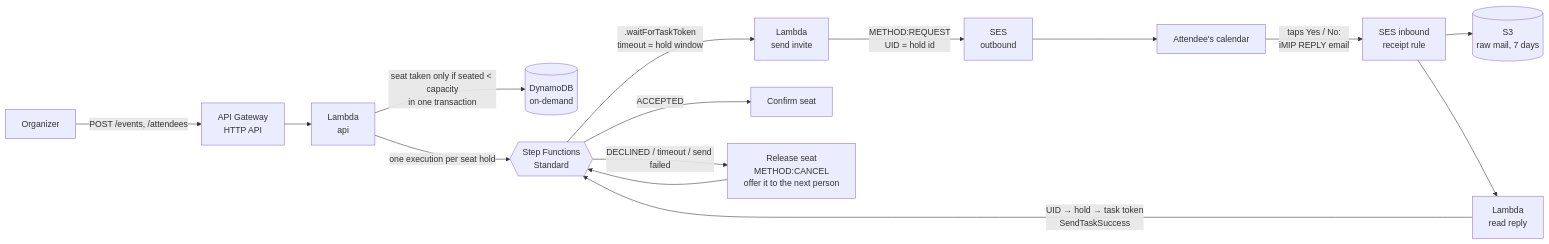
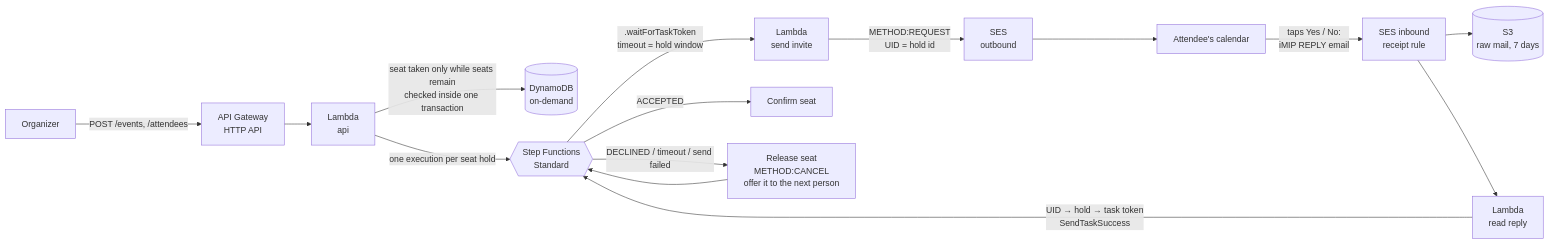
The diagram in README.md (ikenyal/standby), drawn with Mermaid before and after one commit.

Commit message:
README: avoid '<' inside a Mermaid label

````diff
--- a/README.md
+++ b/README.md
@@ -18,20 +18,20 @@
 ```mermaid
 flowchart LR
   O[Organizer] -->|POST /events, /attendees| API[API Gateway<br/>HTTP API]
   API --> L1[Lambda<br/>api]
-  L1 -->|seat taken only if seated < capacity<br/>in one transaction| DB[(DynamoDB<br/>on-demand)]
+  L1 -->|seat taken only while seats remain<br/>checked inside one transaction| DB[(DynamoDB<br/>on-demand)]
   L1 -->|one execution per seat hold| SF{{Step Functions<br/>Standard}}
 
   SF -->|.waitForTaskToken<br/>timeout = hold window| L2[Lambda<br/>send invite]
   L2 -->|METHOD:REQUEST<br/>UID = hold id| SES1[SES<br/>outbound]
   SES1 --> CAL[Attendee's calendar]
 
   CAL -->|taps Yes / No:<br/>iMIP REPLY email| SES2[SES inbound<br/>receipt rule]
   SES2 --> S3[(S3<br/>raw mail, 7 days)]
   SES2 --> L3[Lambda<br/>read reply]
   L3 -->|UID → hold → task token<br/>SendTaskSuccess| SF
 
   SF -->|ACCEPTED| C[Confirm seat]
   SF -->|DECLINED / timeout / send failed| R[Release seat<br/>METHOD:CANCEL<br/>offer it to the next person]
   R --> SF
 ```
````
